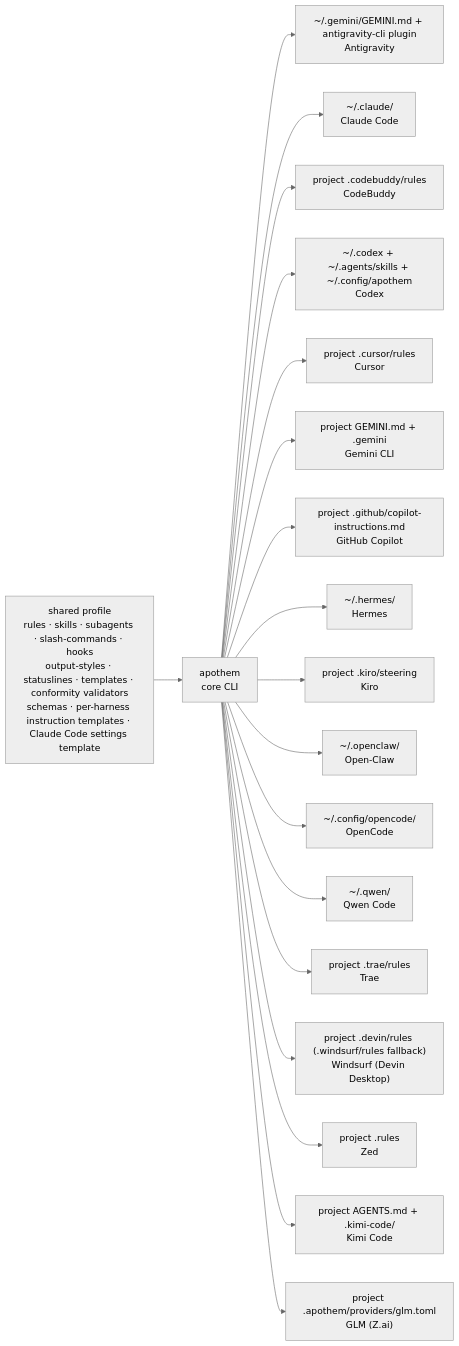
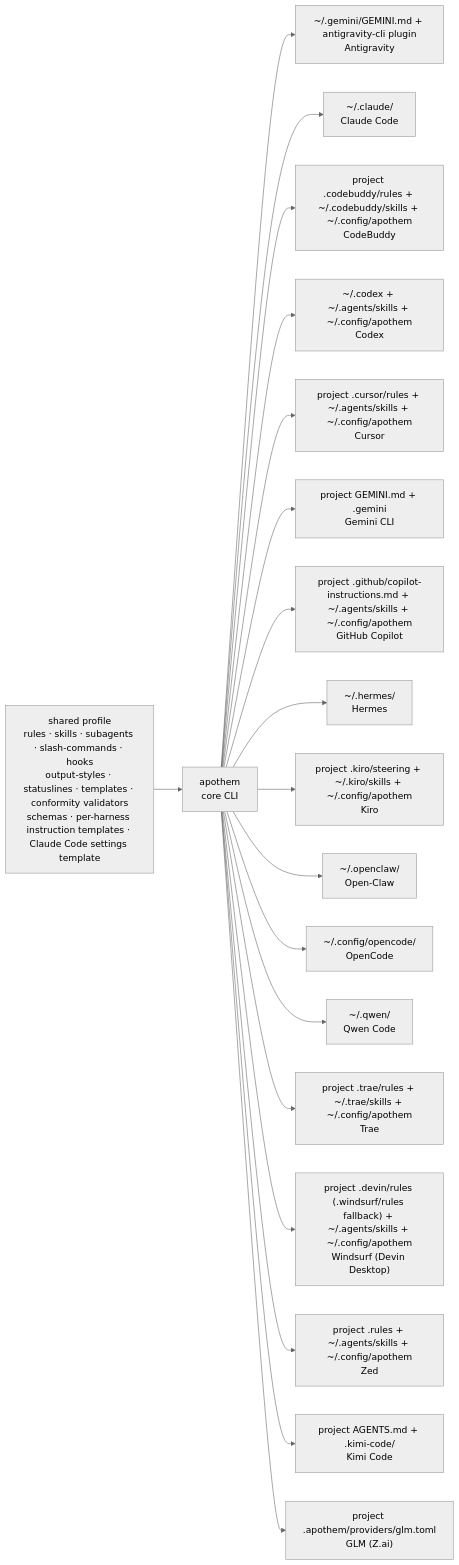
Before and after one commit to Ahmed-G-Gad/apothem: the first of 2 diagrams in README.md, drawn with Mermaid. The commit also changed other lines of this file and 290 other files, not shown here.

Commit message:
feat(harnesses): share skills and rules from the home folder (#122)

````diff
--- a/README.md
+++ b/README.md
@@ -599,27 +599,27 @@
 ```mermaid
 %%{ init: { "theme": "neutral" } }%%
 %% verified: 2026-10-15 %%
 %% provenance: README.md §How it works — apothem's seventeen-harness materialization fan-out %%
 %% cross-reference: src/apothem/lib/harness_registry_data.py (the authoritative adapter registry) %%
 graph LR
     P["shared profile<br/>rules · skills · subagents · slash-commands · hooks<br/>output-styles · statuslines · templates · conformity validators<br/>schemas · per-harness instruction templates · Claude Code settings template"]
     A["apothem<br/>core CLI"]
     P --> A
     A --> AG["~/.gemini/GEMINI.md + antigravity-cli plugin<br/>Antigravity"]
     A --> CC["~/.claude/<br/>Claude Code"]
-    A --> CB["project .codebuddy/rules<br/>CodeBuddy"]
+    A --> CB["project .codebuddy/rules + ~/.codebuddy/skills + ~/.config/apothem<br/>CodeBuddy"]
     A --> CO["~/.codex + ~/.agents/skills + ~/.config/apothem<br/>Codex"]
-    A --> CU["project .cursor/rules<br/>Cursor"]
+    A --> CU["project .cursor/rules + ~/.agents/skills + ~/.config/apothem<br/>Cursor"]
     A --> GE["project GEMINI.md + .gemini<br/>Gemini CLI"]
-    A --> GC["project .github/copilot-instructions.md<br/>GitHub Copilot"]
+    A --> GC["project .github/copilot-instructions.md + ~/.agents/skills + ~/.config/apothem<br/>GitHub Copilot"]
     A --> HE["~/.hermes/<br/>Hermes"]
-    A --> KI["project .kiro/steering<br/>Kiro"]
+    A --> KI["project .kiro/steering + ~/.kiro/skills + ~/.config/apothem<br/>Kiro"]
     A --> OW["~/.openclaw/<br/>Open-Claw"]
     A --> OC["~/.config/opencode/<br/>OpenCode"]
     A --> QW["~/.qwen/<br/>Qwen Code"]
-    A --> TR["project .trae/rules<br/>Trae"]
-    A --> WI["project .devin/rules (.windsurf/rules fallback)<br/>Windsurf (Devin Desktop)"]
-    A --> ZE["project .rules<br/>Zed"]
+    A --> TR["project .trae/rules + ~/.trae/skills + ~/.config/apothem<br/>Trae"]
+    A --> WI["project .devin/rules (.windsurf/rules fallback) + ~/.agents/skills + ~/.config/apothem<br/>Windsurf (Devin Desktop)"]
+    A --> ZE["project .rules + ~/.agents/skills + ~/.config/apothem<br/>Zed"]
     A --> KM["project AGENTS.md + .kimi-code/<br/>Kimi Code"]
     A --> GL["project .apothem/providers/glm.toml<br/>GLM (Z.ai)"]
 ```
````
